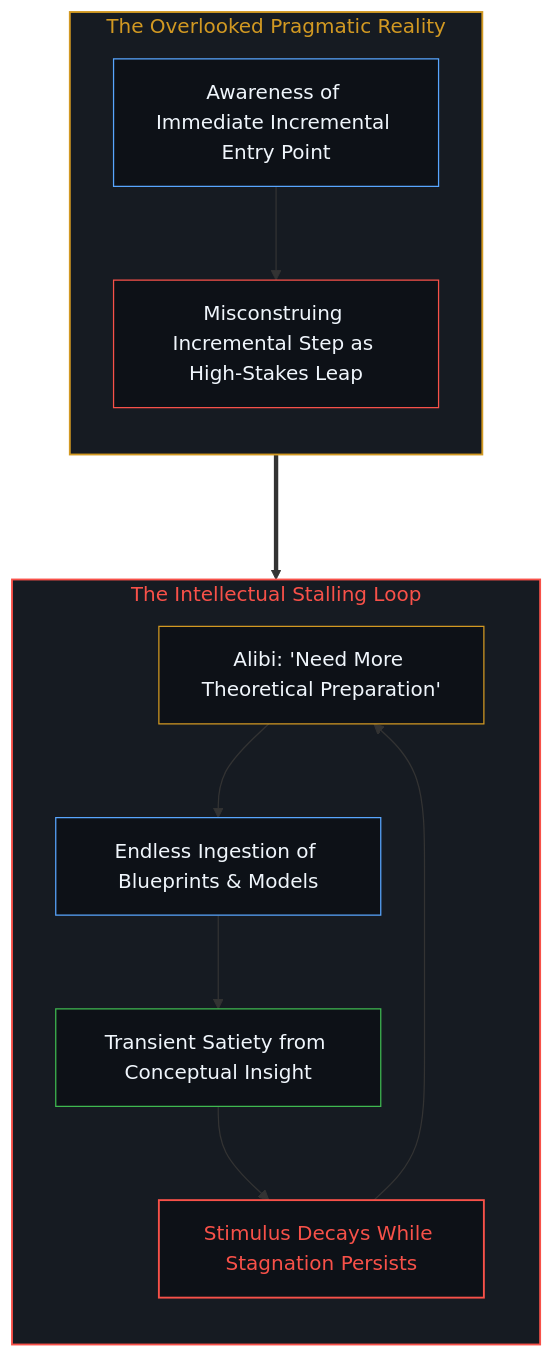
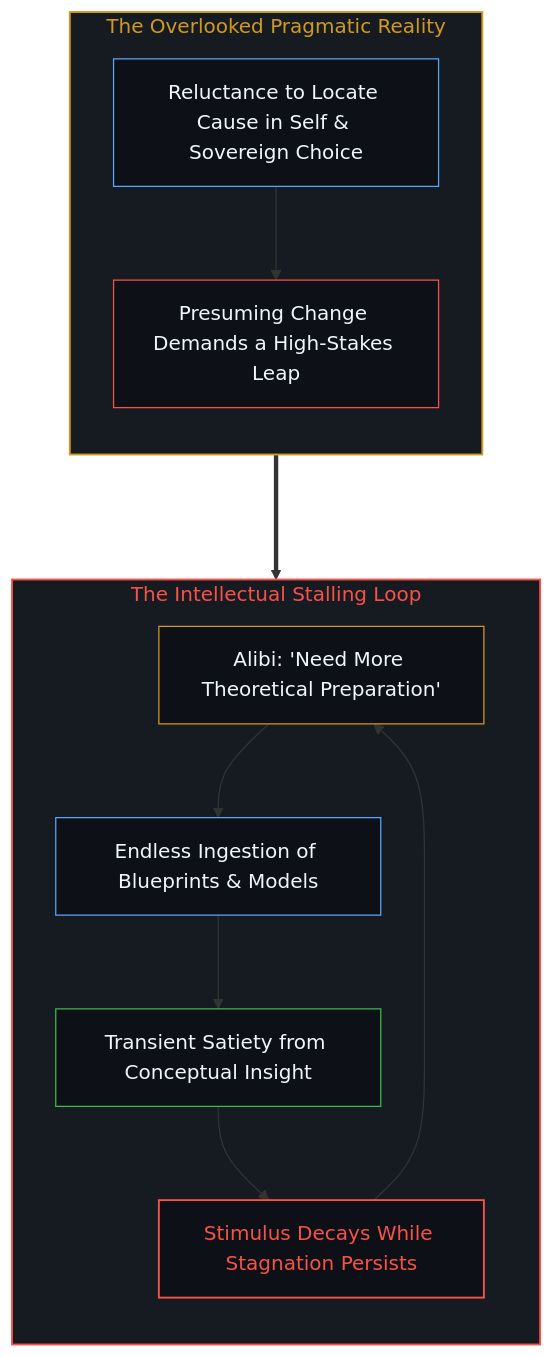
The sixth of 10 diagrams in content/posts/choice-itself-has-no-inherent-weight.md (powerpig99/not-a-toe), drawn with Mermaid before and after one commit. The commit also changed other lines of this file and 4 other files, not shown here.

````diff
--- a/content/posts/choice-itself-has-no-inherent-weight.md
+++ b/content/posts/choice-itself-has-no-inherent-weight.md
@@ -212,26 +212,26 @@
 ```mermaid
 graph TD
     subgraph S_Truth_EN ["The Overlooked Pragmatic Reality"]
         direction TB
-        TE_Action["Awareness of Immediate Incremental Entry Point"] --> TE_Macro["Misconstruing Incremental Step as High-Stakes Leap"]
+        TE_Action["Reluctance to Locate Cause in Self & Sovereign Choice"] --> TE_Macro["Presuming Change Demands a High-Stakes Leap"]
     end
 
     subgraph S_Evasion_EN ["The Intellectual Stalling Loop"]
         direction TB
         EE_Motto["Alibi: 'Need More Theoretical Preparation'"] --> EE_Collect["Endless Ingestion of Blueprints & Models"]
         EE_Collect --> EE_High["Transient Satiety from Conceptual Insight"]
         EE_High --> EE_Decay["Stimulus Decays While Stagnation Persists"]
         EE_Decay --> EE_Motto
     end
 
     TE_Macro ===> EE_Motto
 
     style S_Truth_EN fill:#161b22,stroke:#d29922,stroke-width:1.5px,color:#d29922
     style S_Evasion_EN fill:#161b22,stroke:#f85149,stroke-width:1.5px,color:#f85149
     style TE_Action fill:#0d1117,stroke:#58a6ff,stroke-width:1px,color:#f0f6fc
     style TE_Macro fill:#0d1117,stroke:#f85149,stroke-width:1px,color:#f0f6fc
     style EE_Motto fill:#0d1117,stroke:#d29922,stroke-width:1px,color:#f0f6fc
     style EE_Collect fill:#0d1117,stroke:#58a6ff,stroke-width:1px,color:#f0f6fc
     style EE_High fill:#0d1117,stroke:#3fb950,stroke-width:1px,color:#f0f6fc
     style EE_Decay fill:#0d1117,stroke:#f85149,stroke-width:1.5px,color:#f85149
 ```
````
